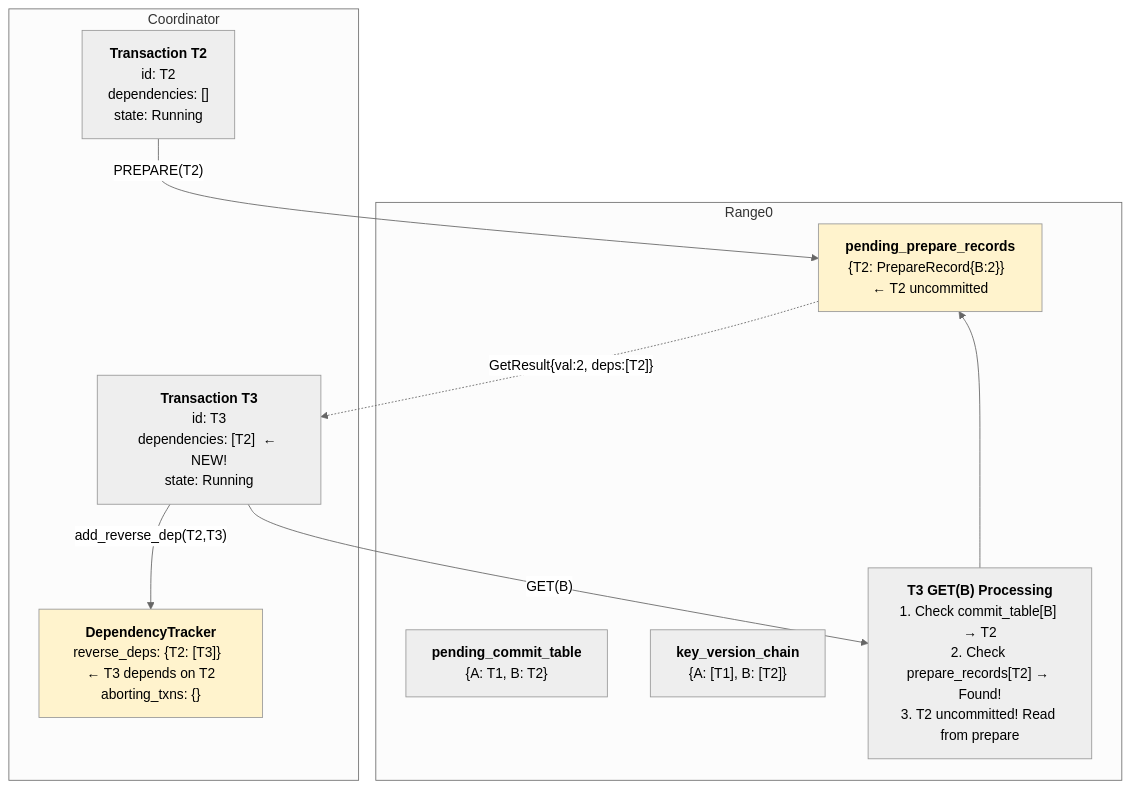
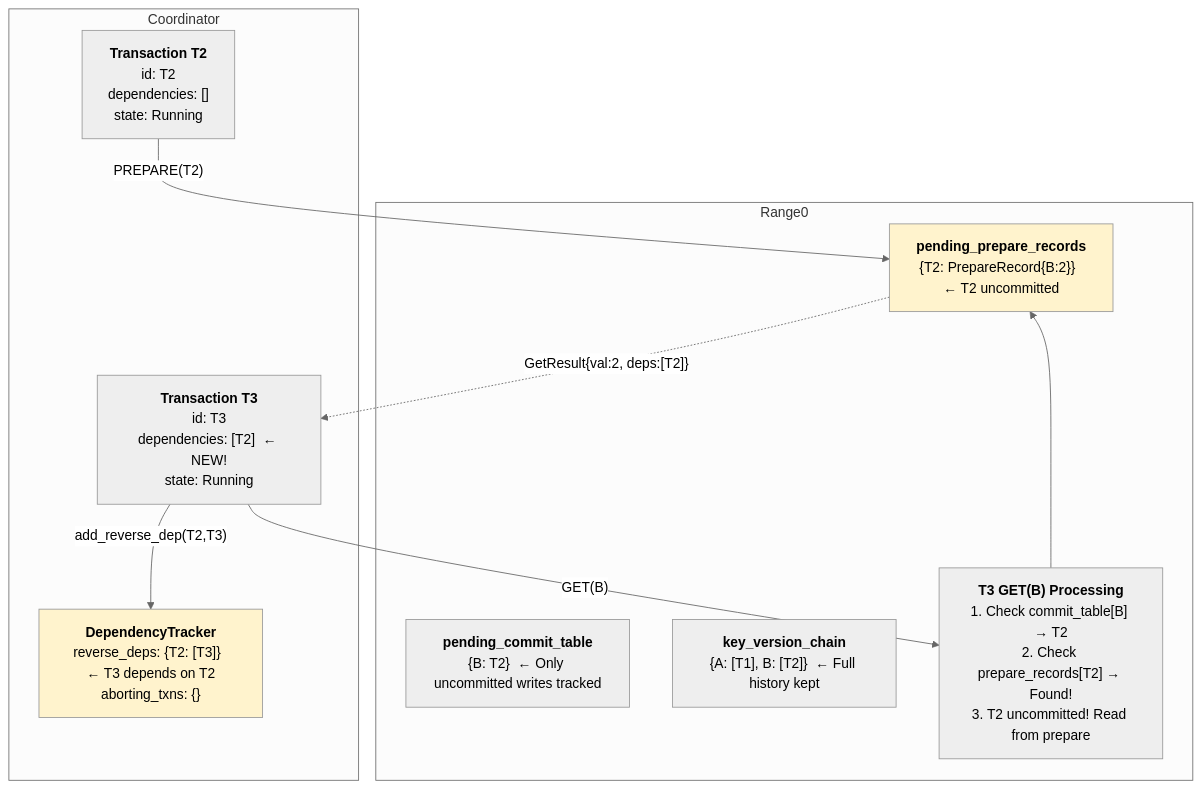
The diagram in cascading_abort_experiment_results/happy_path/04_t3_get.md (columbia/sangria), drawn with Mermaid (neutral theme) before and after one commit. The commit also changed 4 other files, not shown here.

First line of the commit message:
Fix diagram inaccuracies for pending_commit_table behavior

````diff
--- a/cascading_abort_experiment_results/happy_path/04_t3_get.md
+++ b/cascading_abort_experiment_results/happy_path/04_t3_get.md
@@ -4,24 +4,24 @@
 ```mermaid
 graph TB
     subgraph "Coordinator"
         T2_State["<b>Transaction T2</b><br/>id: T2<br/>dependencies: []<br/>state: Running"]
         T3_State["<b>Transaction T3</b><br/>id: T3<br/>dependencies: [T2]  ← NEW!<br/>state: Running"]
         DepTracker4["<b>DependencyTracker</b><br/>reverse_deps: {T2: [T3]}  ← T3 depends on T2<br/>aborting_txns: {}"]
     end
 
     subgraph "Range0"
         PrepRec4["<b>pending_prepare_records</b><br/>{T2: PrepareRecord{B:2}}  ← T2 uncommitted"]
-        CommitTbl4["<b>pending_commit_table</b><br/>{A: T1, B: T2}"]
-        VerChain4["<b>key_version_chain</b><br/>{A: [T1], B: [T2]}"]
+        CommitTbl4["<b>pending_commit_table</b><br/>{B: T2}  ← Only uncommitted writes tracked"]
+        VerChain4["<b>key_version_chain</b><br/>{A: [T1], B: [T2]}  ← Full history kept"]
         Check4["<b>T3 GET(B) Processing</b><br/>1. Check commit_table[B] → T2<br/>2. Check prepare_records[T2] → Found!<br/>3. T2 uncommitted! Read from prepare"]
     end
 
     T2_State -->|"PREPARE(T2)"| PrepRec4
     T3_State -->|"GET(B)"| Check4
     Check4 --> PrepRec4
     PrepRec4 -.->|"GetResult{val:2, deps:[T2]}"| T3_State
     T3_State -->|"add_reverse_dep(T2,T3)"| DepTracker4
 
     style PrepRec4 fill:#fff3cd
     style DepTracker4 fill:#fff3cd
 ```
````
